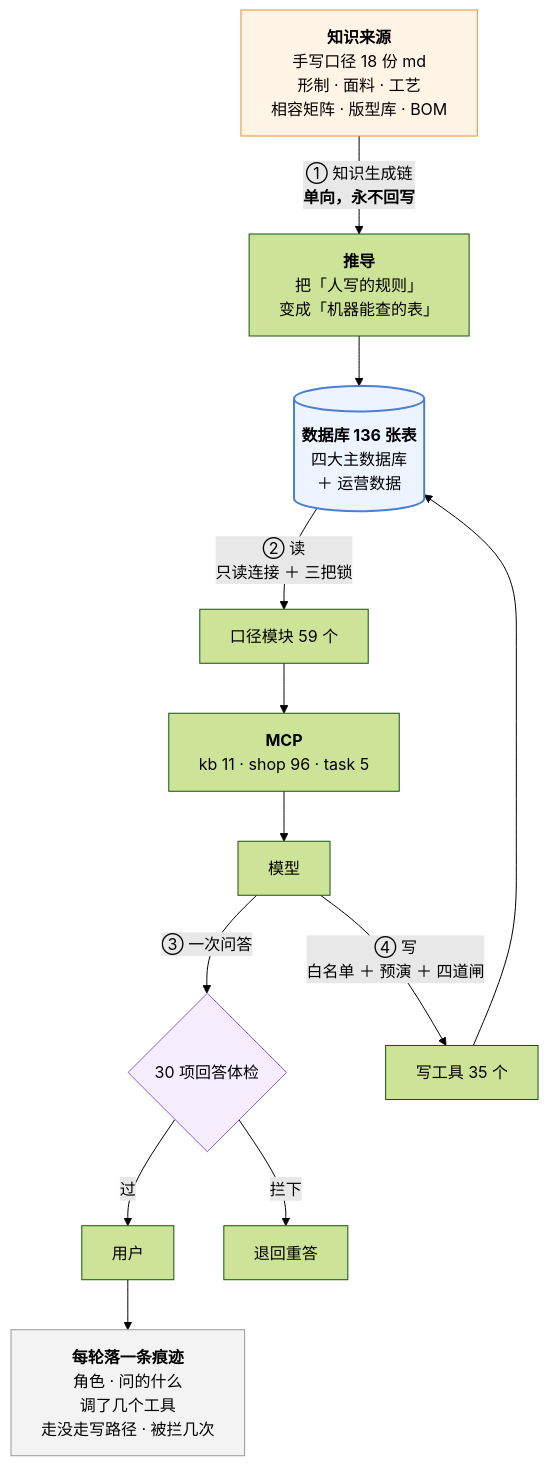
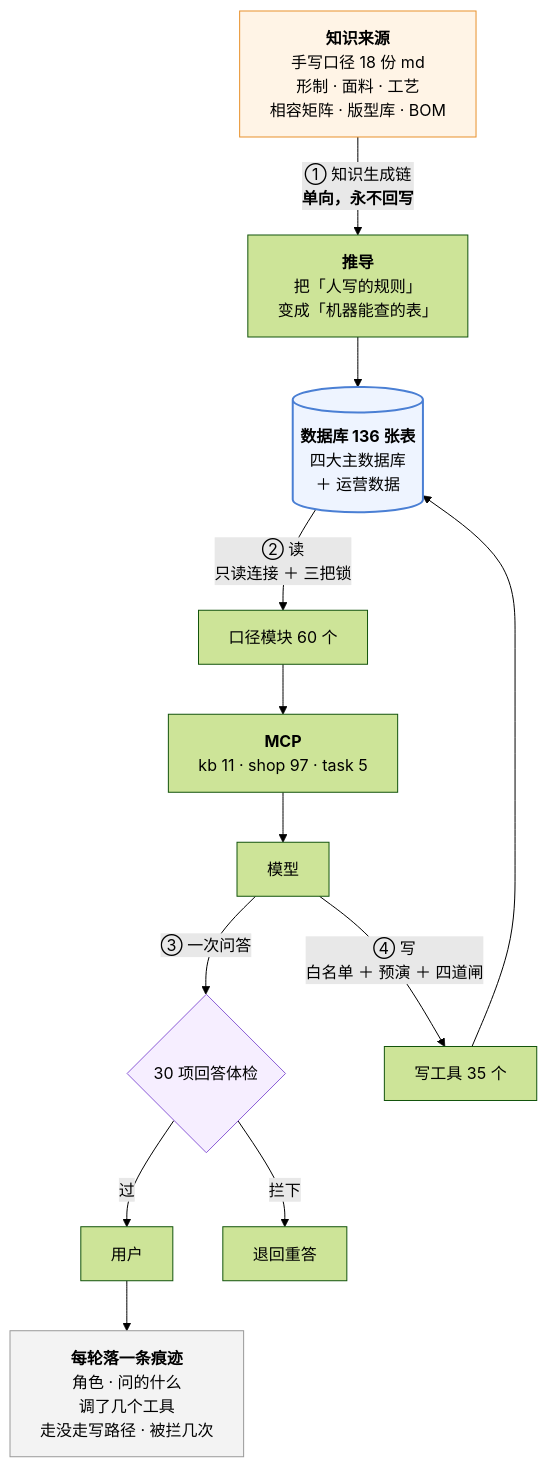
The third of 3 diagrams in 澜绣云裳agent-产品说明.md (843773296-rgb/lanxiu-yunshang-agent), drawn with Mermaid (forest theme) before and after one commit. The commit also changed other lines of this file and 15 other files, not shown here.

````diff
--- a/澜绣云裳agent-产品说明.md
+++ b/澜绣云裳agent-产品说明.md
@@ -1156,24 +1157,24 @@
 ```mermaid
 flowchart TD
     MD["<b>知识来源</b><br/>手写口径 18 份 md<br/>形制 · 面料 · 工艺<br/>相容矩阵 · 版型库 · BOM"]
     MD -->|"① 知识生成链<br/><b>单向，永不回写</b>"| DV["<b>推导</b><br/>把「人写的规则」<br/>变成「机器能查的表」"]
     DV --> DB[("<b>数据库 136 张表</b><br/>四大主数据库<br/>＋ 运营数据")]
 
-    DB -->|"② 读<br/>只读连接 ＋ 三把锁"| KJ["口径模块 59 个"]
-    KJ --> MCP["<b>MCP</b><br/>kb 11 · shop 96 · task 5"]
+    DB -->|"② 读<br/>只读连接 ＋ 三把锁"| KJ["口径模块 60 个"]
+    KJ --> MCP["<b>MCP</b><br/>kb 11 · shop 97 · task 5"]
     MCP --> LLM["模型"]
 
     LLM -->|"③ 一次问答"| GD{"30 项回答体检"}
     GD -- 过 --> U["用户"]
     GD -- 拦下 --> RE["退回重答"]
 
     LLM -->|"④ 写<br/>白名单 ＋ 预演 ＋ 四道闸"| W["写工具 35 个"]
     W --> DB
 
     U --> TR["<b>每轮落一条痕迹</b><br/>角色 · 问的什么<br/>调了几个工具<br/>走没走写路径 · 被拦几次"]
 
     style MD fill:#fff4e6,stroke:#e8912d
     style DB fill:#eef4ff,stroke:#4a7fd4,stroke-width:2px
     style GD fill:#f6eeff,stroke:#8b5cd6
     style TR fill:#f3f3f3,stroke:#999
 ```
````
